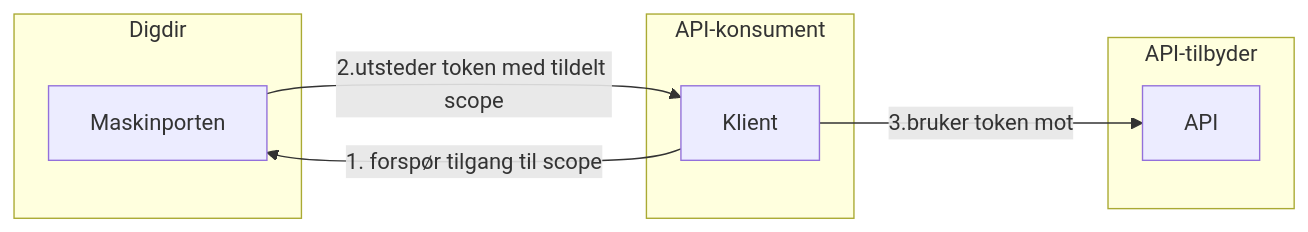
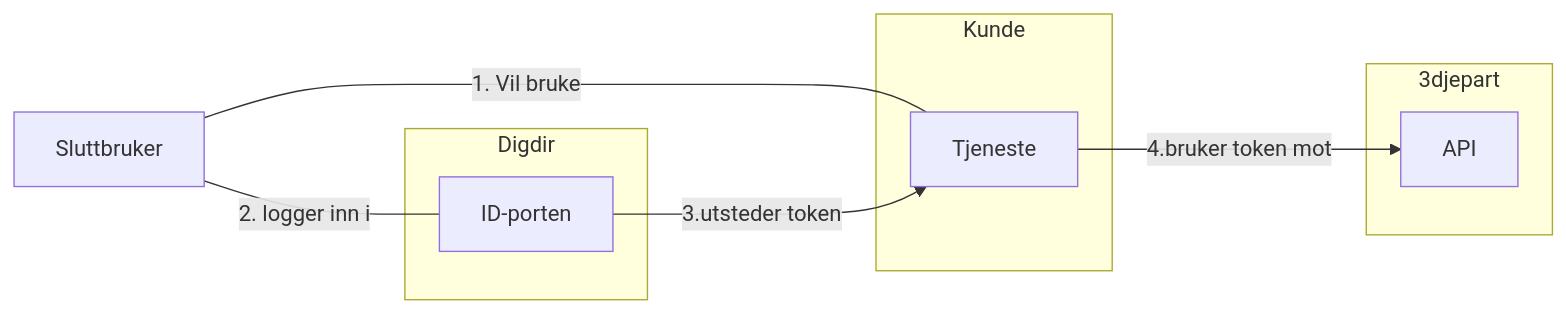
One commit to felleslosninger/docs changed the second of 2 diagrams in _docs/Kontaktregisteret/krr_arkitektur.md. Above: the diagram before and after it, drawn with Mermaid. The commit also changed other lines of this file, not shown here.

```diff
--- a/_docs/Kontaktregisteret/krr_arkitektur.md
+++ b/_docs/Kontaktregisteret/krr_arkitektur.md
@@ -37,15 +35,16 @@
-<div class="mermaid">
-graph LR
-  subgraph API-tilbyder
-    API
-  end
-  subgraph Digdir
-    Maskinporten[Maskinporten]
-  end
-  subgraph API-konsument
-     ny[Klient]
-  end
-  Maskinporten -->|2.utsteder token med tildelt scope|ny
-  ny -->|1. forspør tilgang til scope|Maskinporten
-  ny -->|3.bruker token mot|API
-</div>
+ <div class="mermaid">
+ graph LR
+   subgraph 3djepart
+     API
+   end
+   subgraph Digdir
+     OIDC[ID-porten]
+   end
+   subgraph Kunde
+      ny[Tjeneste]
+   end
+   Sluttbruker ---|1. Vil bruke|ny
+   OIDC -->|3.utsteder token|ny
+   Sluttbruker ---|2. logger inn i  |OIDC
+   ny -->|4.bruker token mot|API
+ </div>
```
